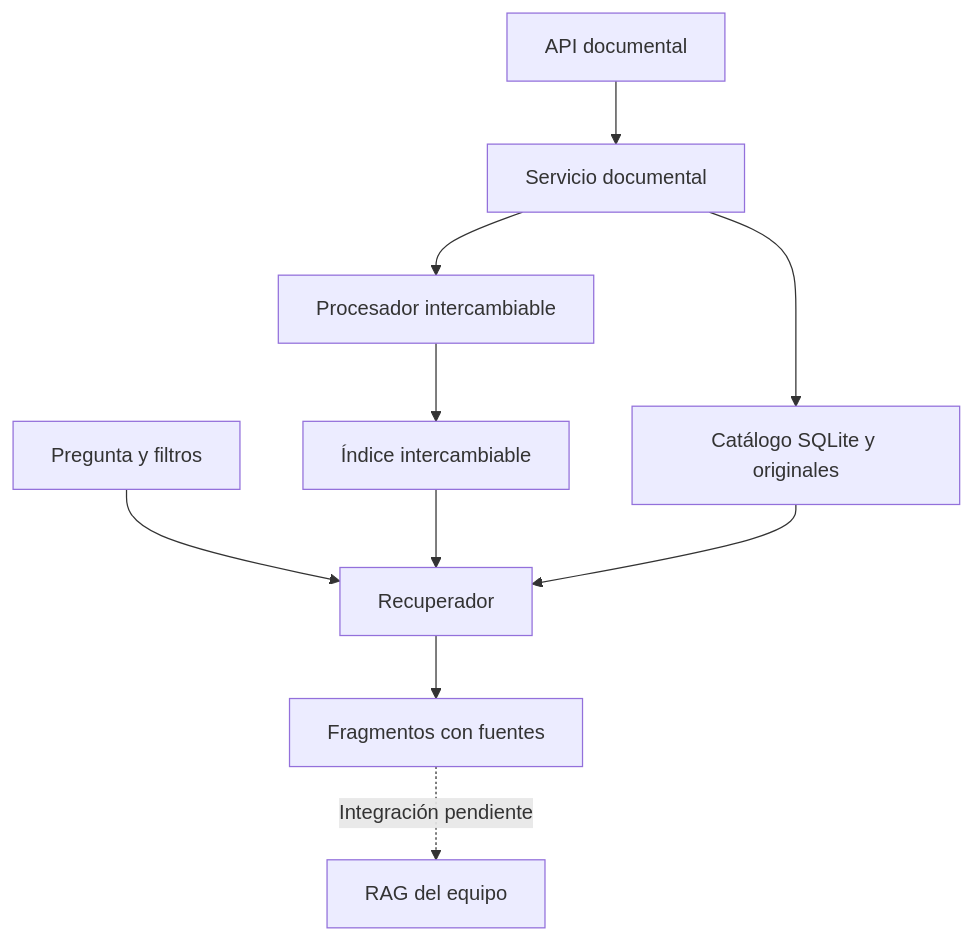
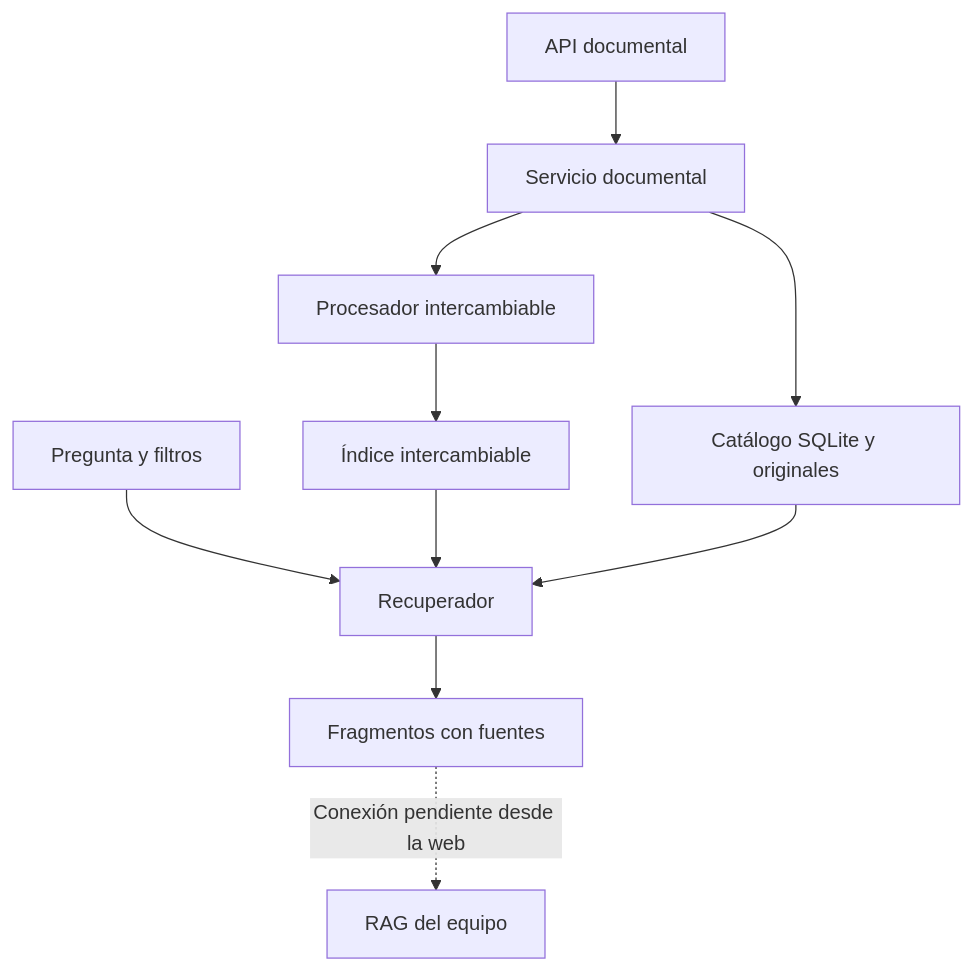
Before and after one commit to MajoRodri/PRL-IA: the second of 3 diagrams in README.md, drawn with Mermaid. The commit also changed other lines of this file, not shown here.

````diff
--- a/README.md
+++ b/README.md
@@ -107,12 +124,12 @@
 ```mermaid
 flowchart TD
     A[API documental] --> B[Servicio documental]
     B --> C[Catálogo SQLite y originales]
     B --> D[Procesador intercambiable]
     D --> E[Índice intercambiable]
     F[Pregunta y filtros] --> G[Recuperador]
     E --> G
     C --> G
     G --> H[Fragmentos con fuentes]
-    H -. Integración pendiente .-> I[RAG del equipo]
+    H -. Conexión pendiente desde la web .-> I[RAG del equipo]
 ```
````
